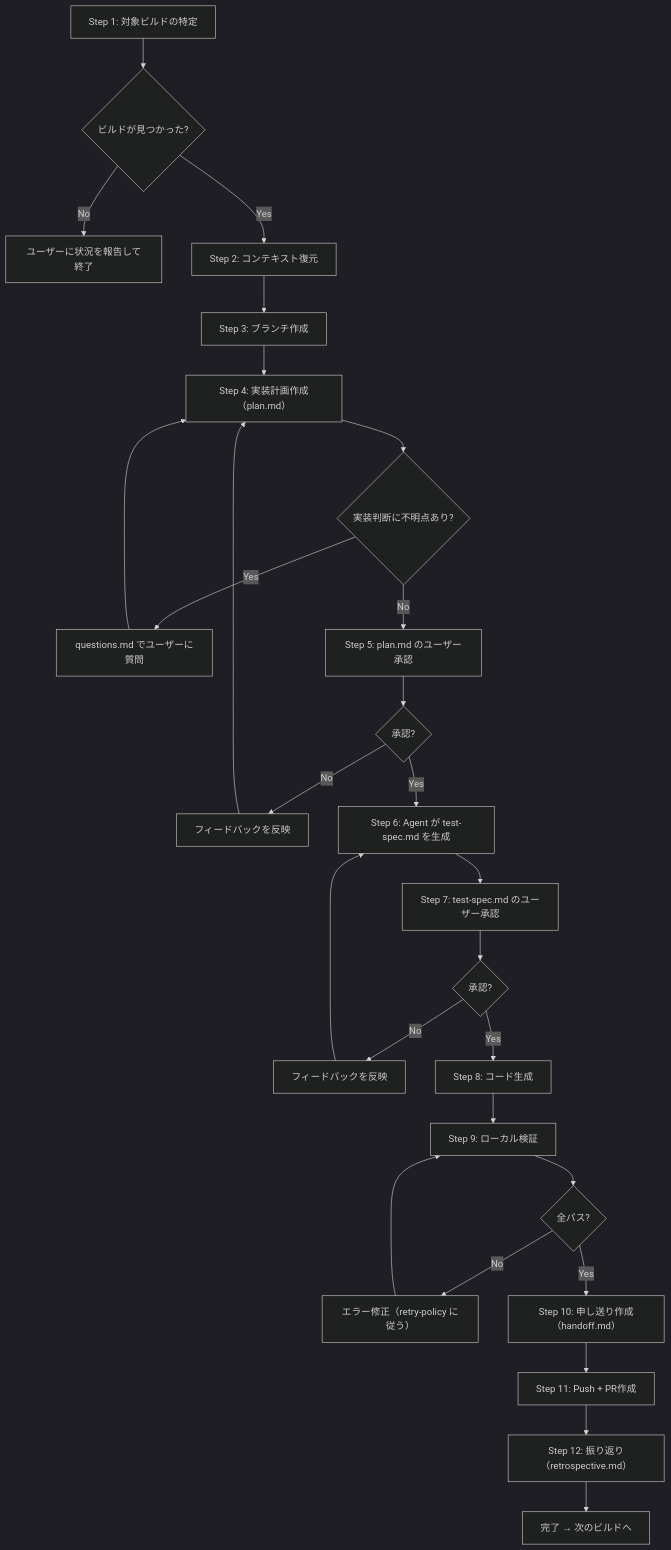
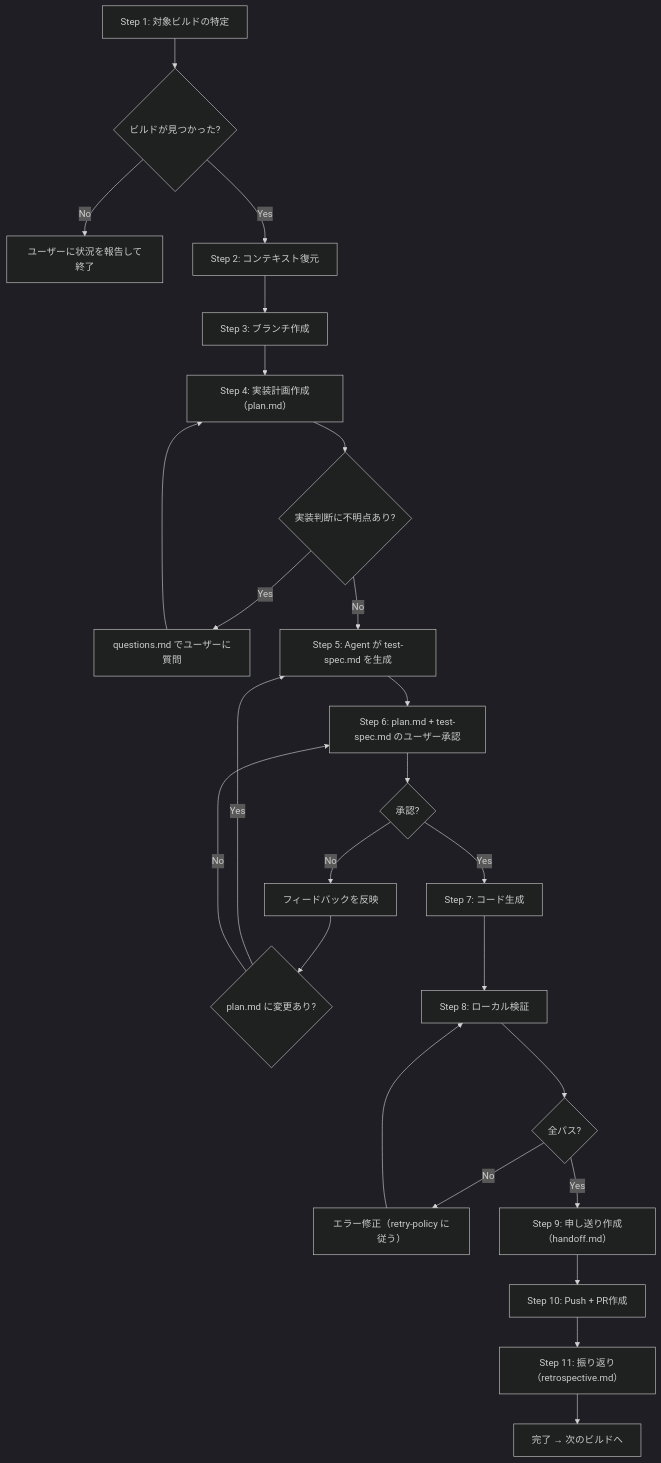
Before and after one commit to tak-solder/hikyaku: the diagram in skills/hikyaku-builder/SKILL.md, drawn with Mermaid (dark theme). The commit also changed other lines of this file and 3 other files, not shown here.

First line of the commit message:
builderの承認ステップを統合（plan.md + test-spec.md 一括承認）

````diff
--- a/skills/hikyaku-builder/SKILL.md
+++ b/skills/hikyaku-builder/SKILL.md
@@ -102,32 +102,29 @@
 ```mermaid
 flowchart TD
     S1["Step 1: 対象ビルドの特定"] --> S1a{"ビルドが見つかった?"}
     S1a -- No --> S1b["ユーザーに状況を報告して終了"]
     S1a -- Yes --> S2["Step 2: コンテキスト復元"]
     S2 --> S3["Step 3: ブランチ作成"]
     S3 --> S4["Step 4: 実装計画作成（plan.md）"]
 
     S4 --> S4a{"実装判断に不明点あり?"}
     S4a -- Yes --> S4b["questions.md でユーザーに質問"]
     S4b --> S4
-    S4a -- No --> S5["Step 5: plan.md のユーザー承認"]
+    S4a -- No --> S5["Step 5: Agent が test-spec.md を生成"]
+    S5 --> S6["Step 6: plan.md + test-spec.md のユーザー承認"]
 
-    S5 --> S5a{"承認?"}
-    S5a -- No --> S5b["フィードバックを反映"]
-    S5b --> S4
-    S5a -- Yes --> S6["Step 6: Agent が test-spec.md を生成"]
-    S6 --> S7["Step 7: test-spec.md のユーザー承認"]
-
-    S7 --> S7a{"承認?"}
-    S7a -- No --> S7b["フィードバックを反映"]
-    S7b --> S6
-    S7a -- Yes --> S8["Step 8: コード生成"]
-    S8 --> S9["Step 9: ローカル検証"]
-    S9 --> S9a{"全パス?"}
-    S9a -- No --> S9b["エラー修正（retry-policy に従う）"]
-    S9b --> S9
-    S9a -- Yes --> S10["Step 10: 申し送り作成（handoff.md）"]
-    S10 --> S11["Step 11: Push + PR作成"]
-    S11 --> S12["Step 12: 振り返り（retrospective.md）"]
-    S12 --> Done["完了 → 次のビルドへ"]
+    S6 --> S6a{"承認?"}
+    S6a -- No --> S6b["フィードバックを反映"]
+    S6b --> S6c{"plan.md に変更あり?"}
+    S6c -- Yes --> S5
+    S6c -- No --> S6
+    S6a -- Yes --> S7["Step 7: コード生成"]
+    S7 --> S8["Step 8: ローカル検証"]
+    S8 --> S8a{"全パス?"}
+    S8a -- No --> S8b["エラー修正（retry-policy に従う）"]
+    S8b --> S8
+    S8a -- Yes --> S9["Step 9: 申し送り作成（handoff.md）"]
+    S9 --> S10["Step 10: Push + PR作成"]
+    S10 --> S11["Step 11: 振り返り（retrospective.md）"]
+    S11 --> Done["完了 → 次のビルドへ"]
 ```
````
